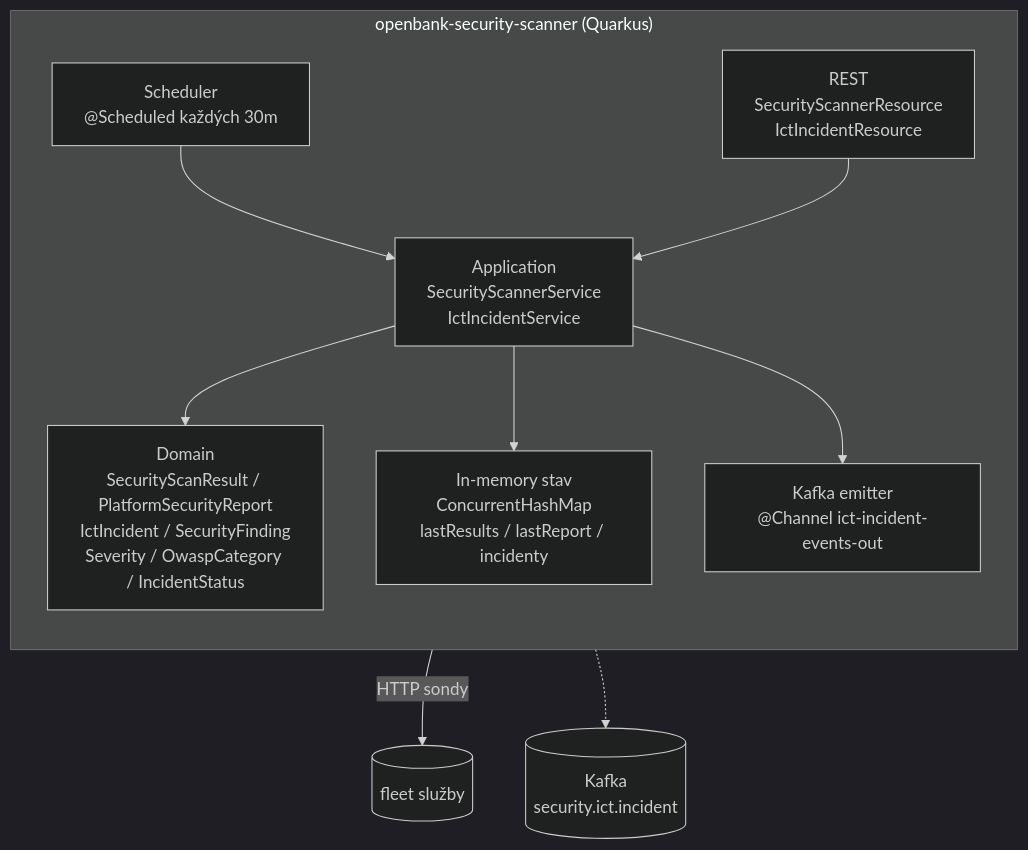
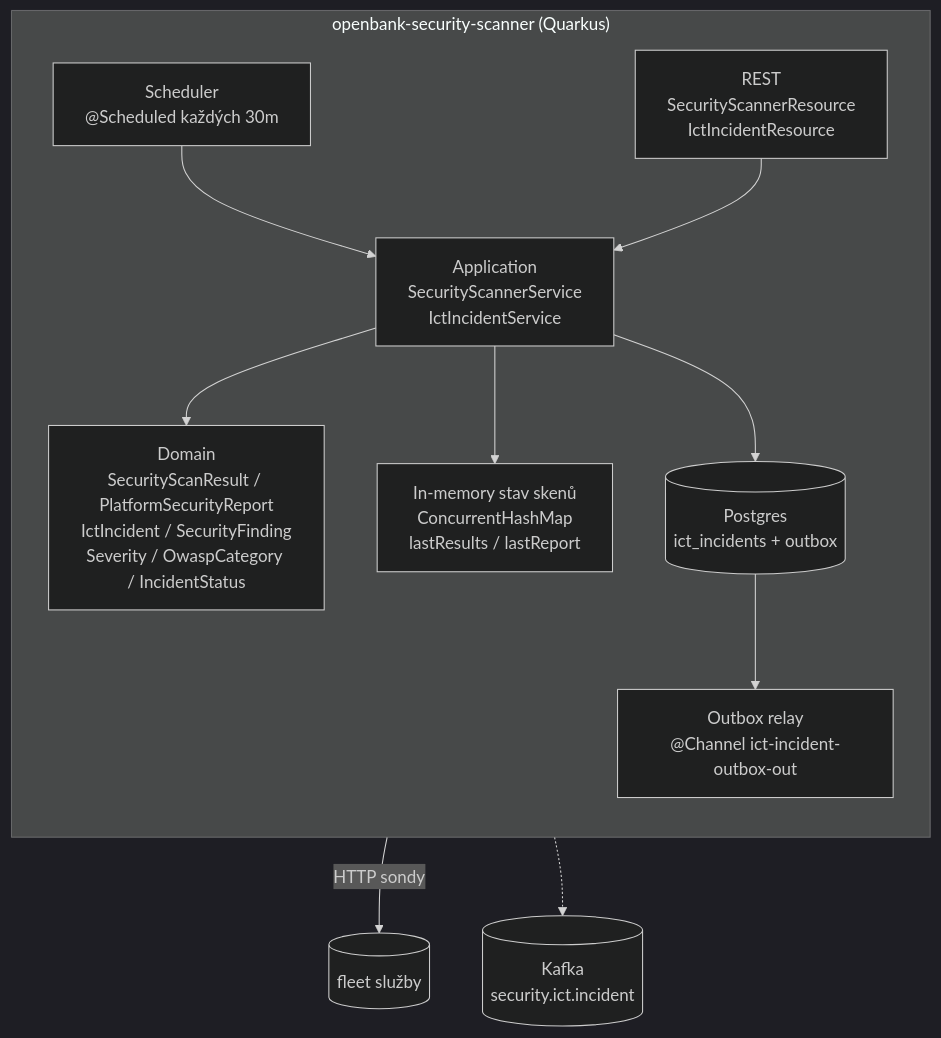
One commit to JiRaska/open-bank-oss changed the second of 2 diagrams in openbank-security-scanner/src/main/resources/docs/02-architecture.cs.md. Above: the diagram before and after it, drawn with Mermaid (dark theme). The commit also changed other lines of this file and 35 other files, not shown here.

Commit message:
feat(security-scanner): make incident projection replayable

````diff
--- a/openbank-security-scanner/src/main/resources/docs/02-architecture.cs.md
+++ b/openbank-security-scanner/src/main/resources/docs/02-architecture.cs.md
@@ -28,21 +28,22 @@
 ```mermaid
 graph TB
   subgraph "openbank-security-scanner (Quarkus)"
     direction TB
     rest[REST<br/>SecurityScannerResource<br/>IctIncidentResource]
     scanner[Application<br/>SecurityScannerService<br/>IctIncidentService]
     dom[Domain<br/>SecurityScanResult / PlatformSecurityReport<br/>IctIncident / SecurityFinding<br/>Severity / OwaspCategory / IncidentStatus]
-    mem[In-memory stav<br/>ConcurrentHashMap<br/>lastResults / lastReport / incidenty]
-    emit["Kafka emitter<br/>@Channel ict-incident-events-out"]
+    mem[In-memory stav skenů<br/>ConcurrentHashMap<br/>lastResults / lastReport]
+    db[(Postgres<br/>ict_incidents + outbox)]
+    emit["Outbox relay<br/>@Channel ict-incident-outbox-out"]
     sched["Scheduler<br/>@Scheduled každých 30m"]
   end
 
   sched --> scanner
   rest --> scanner
   scanner --> dom
   scanner --> mem
-  scanner --> emit
+  scanner --> db --> emit
   scanner -- "HTTP sondy" --> fleet[(fleet služby)]
 
   emit -.-> kafka[(Kafka<br/>security.ict.incident)]
 ```
````
